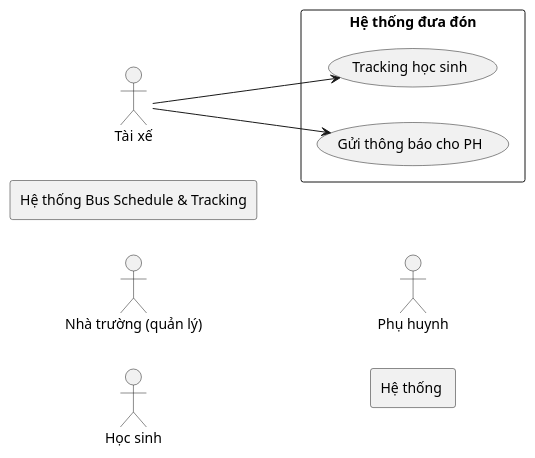
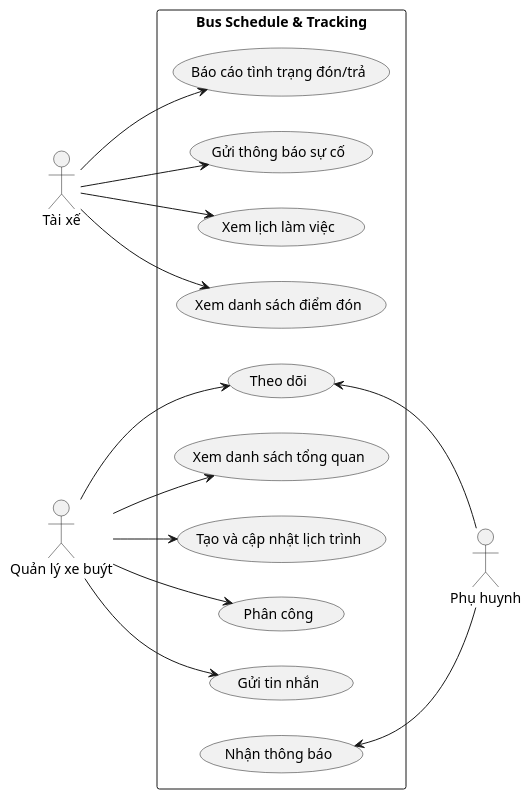
One commit to Bancie/VietBus changed the diagram in uml/use_case/use_case.puml. Above: the diagram before and after it, drawn with PlantUML. The commit also changed 1 other file, not shown here.

Commit message:
Update use case diagram and add PNG export
Revised the use case diagram in use_case.puml to reflect updated actors and use cases for the bus schedule and tracking system. Added a new PNG export of the diagram as use_case.png.

```diff
--- a/uml/use_case/use_case.puml
+++ b/uml/use_case/use_case.puml
@@ -1,18 +1,33 @@
+@startuml
 left to right direction
 actor "Tài xế" as tx
-actor "Nhà trường (quản lý)" as nt
-actor "Học sinh" as hs
-actor "Phụ huynh" as phs
+actor "Quản lý xe buýt" as ql
+actor "Phụ huynh" as ph
 
-rectangle "Hệ thống đưa đón" {
-    usecase "Tracking học sinh" as UC1
-    usecase "Gửi thông báo cho PH" as UC2
+rectangle "Bus Schedule & Tracking" {
+    usecase "Xem danh sách tổng quan" as UC1
+    usecase "Tạo và cập nhật lịch trình" as UC2
+    usecase "Phân công" as UC3
+    usecase "Gửi tin nhắn" as UC4
+    usecase "Theo dõi" as UC5
+    usecase "Xem lịch làm việc" as UC6
+    usecase "Xem danh sách điểm đón" as UC7
+    usecase "Báo cáo tình trạng đón/trả" as UC8
+    usecase "Gửi thông báo sự cố" as UC9
+    usecase "Nhận thông báo" as UC10
 }
 
-rectangle "Hệ thống Bus Schedule & Tracking" {
-}
+ql --> UC1
+ql --> UC2
+ql --> UC3
+ql --> UC4
+ql --> UC5
 
-rectangle "Hệ thống "
+tx --> UC6
+tx --> UC7
+tx --> UC8
+tx --> UC9
 
-tx --> UC1
-tx --> UC2
+UC10 <-- ph
+UC5 <-- ph
+@enduml
```
